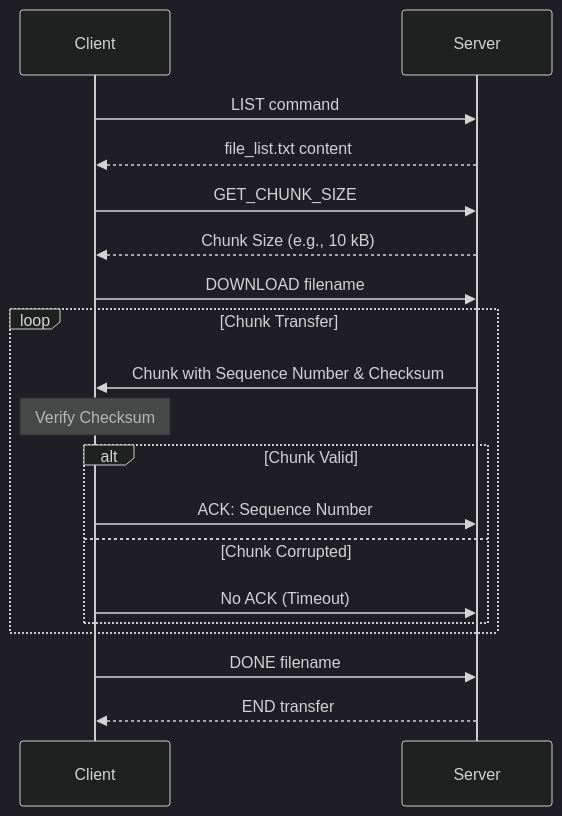
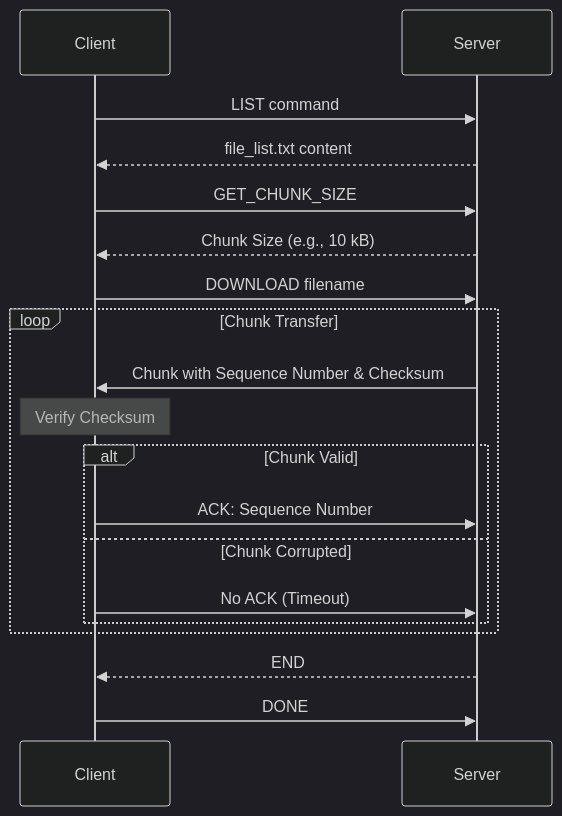
Before and after one commit to Phuquy1805/NetworkingProject: the second of 2 diagrams in README.md, drawn with Mermaid (dark theme).

````diff
--- a/README.md
+++ b/README.md
@@ -96,28 +96,28 @@
 ```mermaid
 sequenceDiagram
     participant Client
     participant Server
     
     # File List Request
     Client->>Server: LIST command
     Server-->>Client: file_list.txt content
     
     # Download Preparation
     Client->>Server: GET_CHUNK_SIZE
     Server-->>Client: Chunk Size (e.g., 10 kB)
     
     # File Download
     Client->>Server: DOWNLOAD filename
     loop Chunk Transfer
         Server->>Client: Chunk with Sequence Number & Checksum
         Note over Client: Verify Checksum
         alt Chunk Valid
             Client->>Server: ACK: Sequence Number
         else Chunk Corrupted
             Client->>Server: No ACK (Timeout)
         end
     end
     
-    Client->>Server: DONE filename
-    Server-->>Client: END transfer
+    Server-->>Client: END 
+    Client->>Server: DONE 
 ```
````
